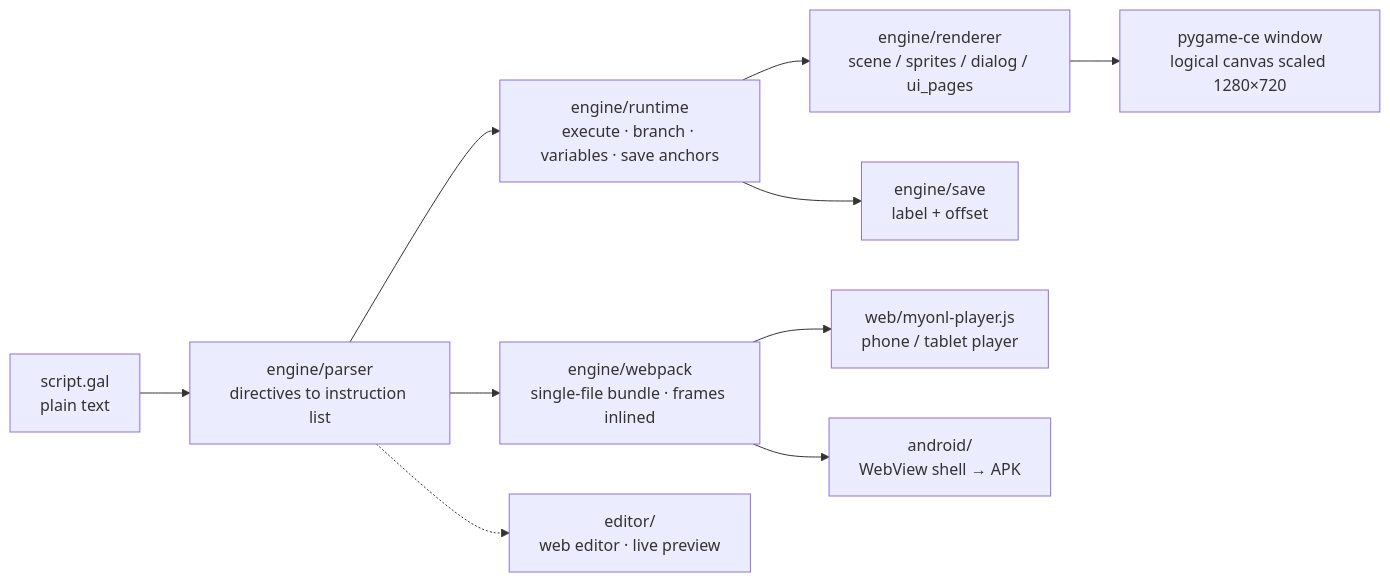
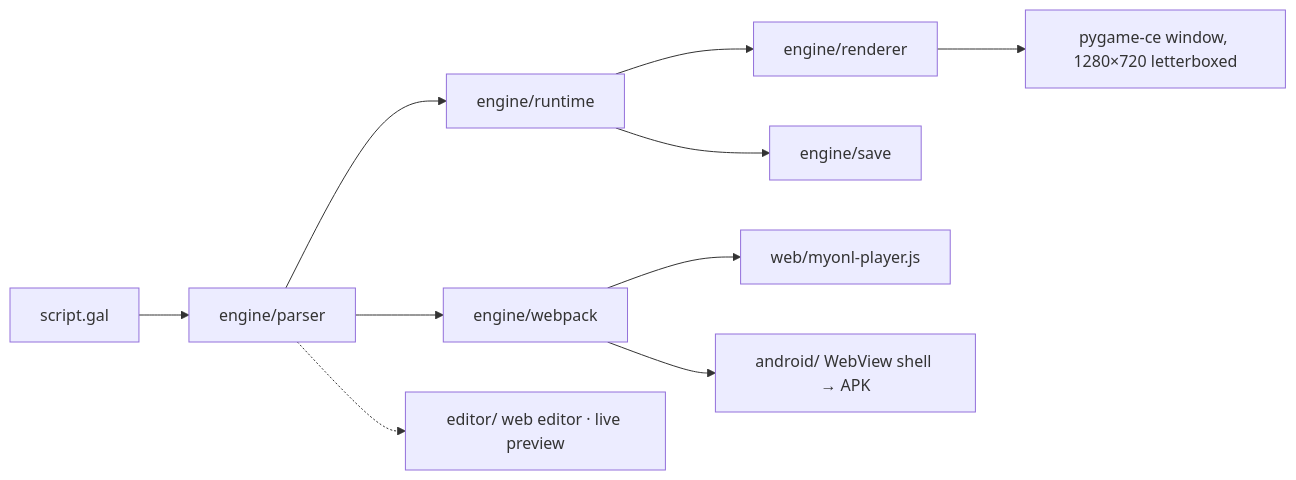
Before and after one commit to 123456789556/myonl: the diagram in README.en.md, drawn with Mermaid. The commit also changed other lines of this file and 1 other file, not shown here.

````diff
--- a/README.en.md
+++ b/README.en.md
@@ -131,12 +91,12 @@
 ```mermaid
 flowchart LR
-  A["script.gal<br/>plain text"] --> B["engine/parser<br/>directives to instruction list"]
-  B --> C["engine/runtime<br/>execute · branch · variables · save anchors"]
-  C --> D["engine/renderer<br/>scene / sprites / dialog / ui_pages"]
-  D --> E["pygame-ce window<br/>logical canvas scaled 1280×720"]
-  C --> F["engine/save<br/>label + offset"]
-  B --> G["engine/webpack<br/>single-file bundle · frames inlined"]
-  G --> H["web/myonl-player.js<br/>phone / tablet player"]
-  G --> I["android/<br/>WebView shell → APK"]
-  B -.-> J["editor/<br/>web editor · live preview"]
+  A["script.gal"] --> B["engine/parser"]
+  B --> C["engine/runtime"]
+  C --> D["engine/renderer"]
+  D --> E["pygame-ce window, 1280×720 letterboxed"]
+  C --> F["engine/save"]
+  B --> G["engine/webpack"]
+  G --> H["web/myonl-player.js"]
+  G --> I["android/ WebView shell → APK"]
+  B -.-> J["editor/ web editor · live preview"]
 ```
````
